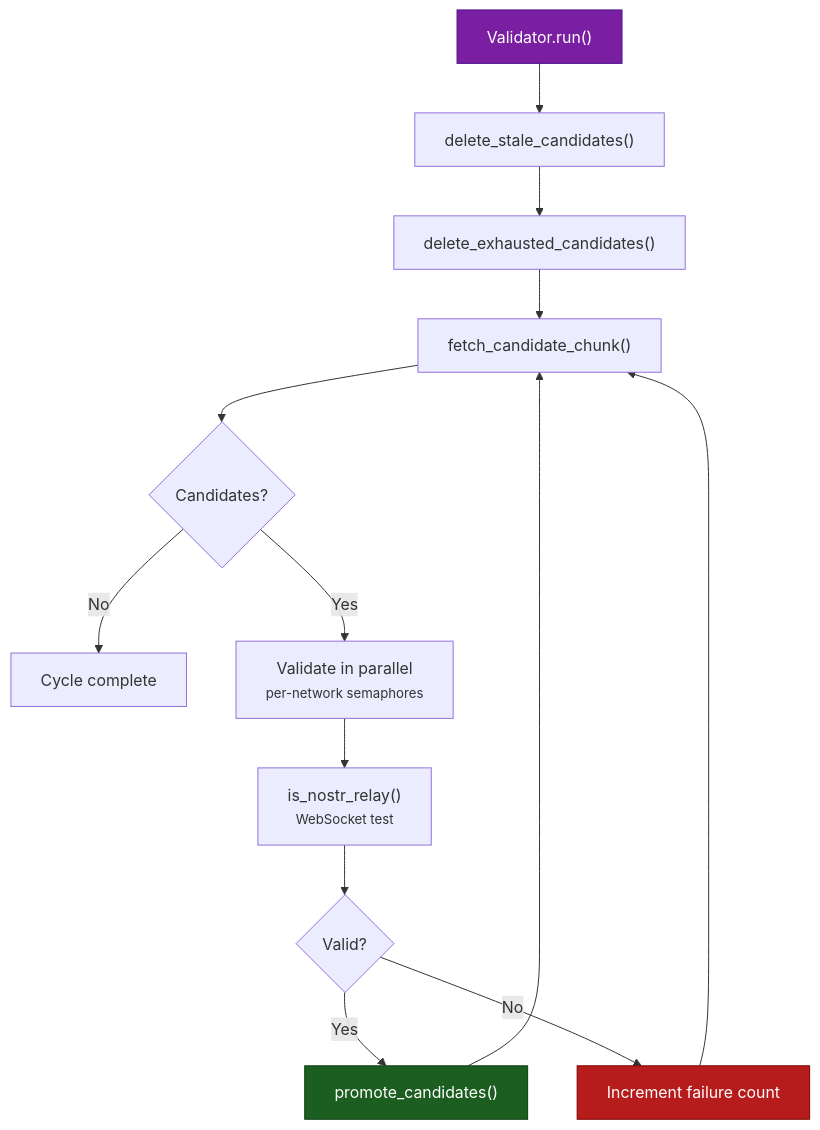
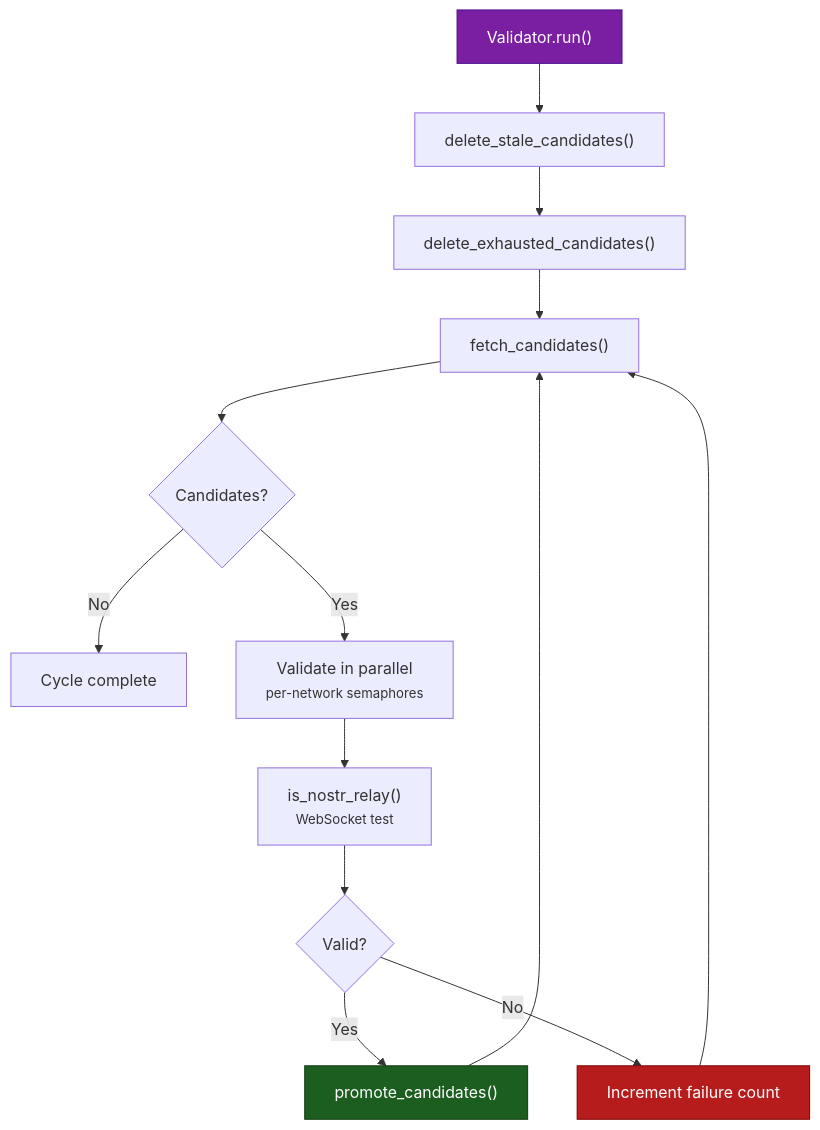
Before and after one commit to BigBrotr/bigbrotr: the third of 5 diagrams in docs/user-guide/services.md, drawn with Mermaid. The commit also changed 6 other files, not shown here.

````diff
--- a/docs/user-guide/services.md
+++ b/docs/user-guide/services.md
@@ -182,19 +182,19 @@
 ```mermaid
 flowchart TD
     A["Validator.run()"] --> B["delete_stale_candidates()"]
     B --> C["delete_exhausted_candidates()"]
-    C --> D["fetch_candidate_chunk()"]
+    C --> D["fetch_candidates()"]
     D --> E{Candidates?}
     E -->|No| F["Cycle complete"]
     E -->|Yes| G["Validate in parallel<br/><small>per-network semaphores</small>"]
     G --> H["is_nostr_relay()<br/><small>WebSocket test</small>"]
     H --> I{Valid?}
     I -->|Yes| J["promote_candidates()"]
     I -->|No| K["Increment failure count"]
     J --> D
     K --> D
 
     style A fill:#7B1FA2,color:#fff,stroke:#4A148C
     style J fill:#1B5E20,color:#fff,stroke:#0D3B0F
     style K fill:#B71C1C,color:#fff,stroke:#7F0000
 ```
````
